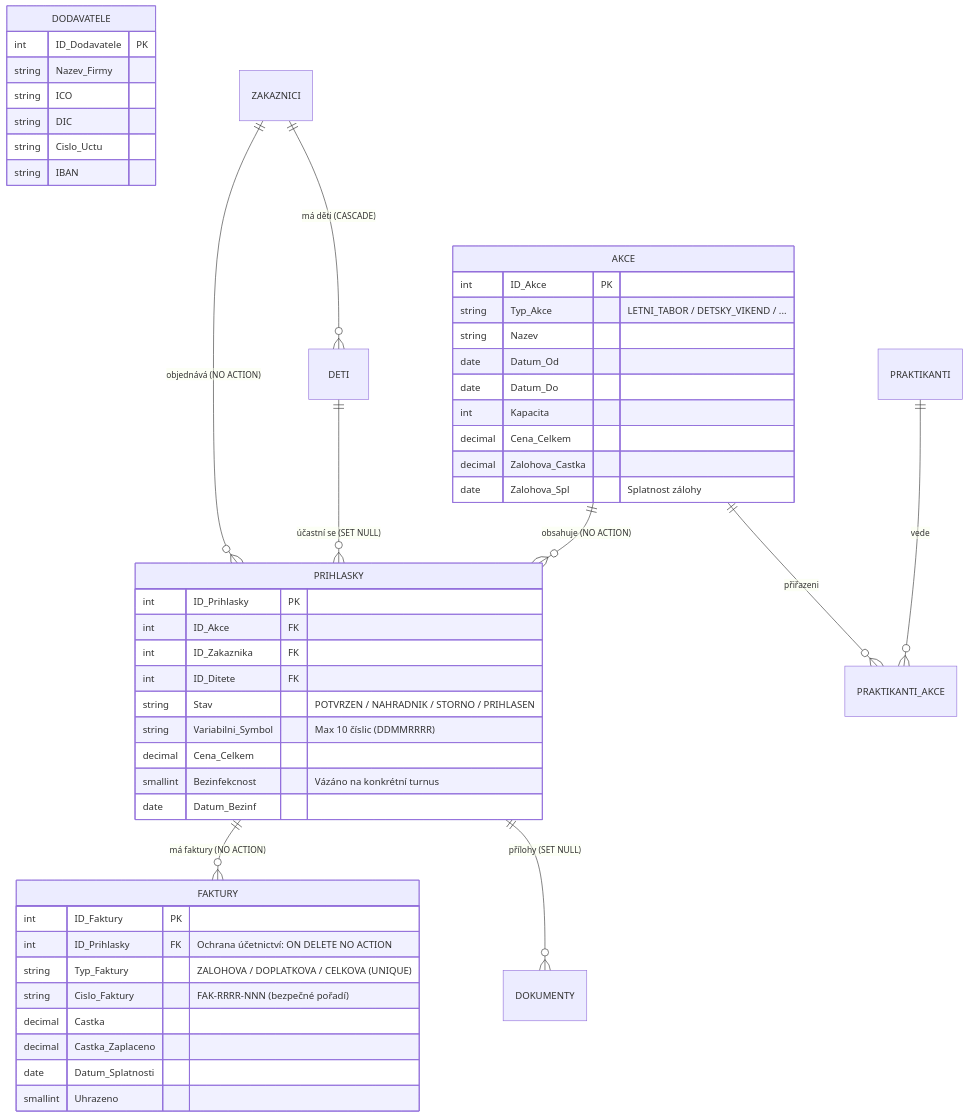
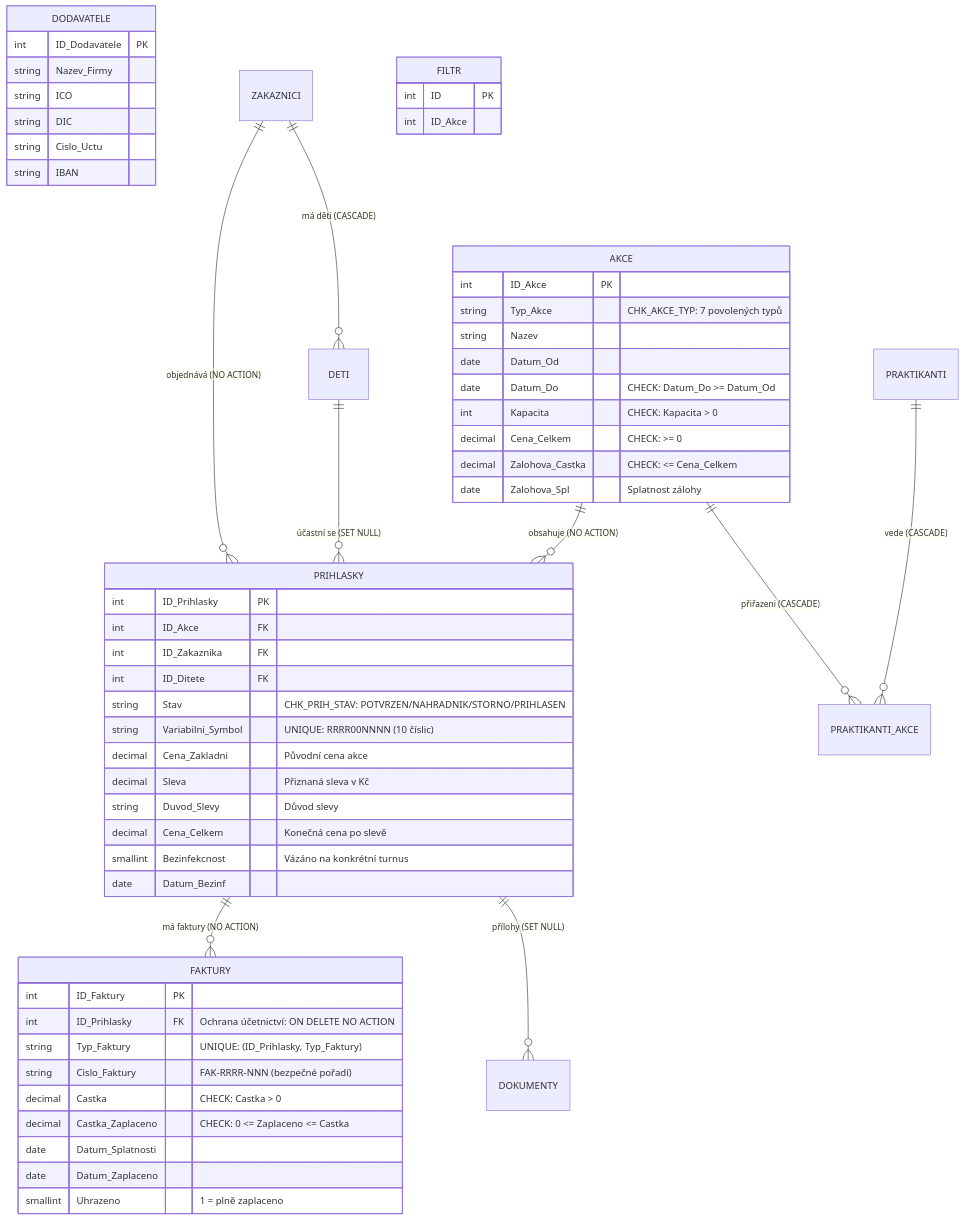
Before and after one commit to krouziciorel/Libre_Office_Base_Stastny_statek_root_cz: the diagram in uzivatelska_dokumentace.md, drawn with Mermaid. The commit also changed other lines of this file and 37 other files, not shown here.

````diff
--- a/uzivatelska_dokumentace.md
+++ b/uzivatelska_dokumentace.md
@@ -26,52 +28,60 @@
 ```mermaid
 erDiagram
     DODAVATELE {
         int ID_Dodavatele PK
         string Nazev_Firmy
         string ICO
         string DIC
         string Cislo_Uctu
         string IBAN
     }
     ZAKAZNICI ||--o{ DETI : "má děti (CASCADE)"
     ZAKAZNICI ||--o{ PRIHLASKY : "objednává (NO ACTION)"
     DETI ||--o{ PRIHLASKY : "účastní se (SET NULL)"
     AKCE ||--o{ PRIHLASKY : "obsahuje (NO ACTION)"
-    AKCE ||--o{ PRAKTIKANTI_AKCE : "přiřazeni"
-    PRAKTIKANTI ||--o{ PRAKTIKANTI_AKCE : "vede"
+    AKCE ||--o{ PRAKTIKANTI_AKCE : "přiřazeni (CASCADE)"
+    PRAKTIKANTI ||--o{ PRAKTIKANTI_AKCE : "vede (CASCADE)"
     PRIHLASKY ||--o{ FAKTURY : "má faktury (NO ACTION)"
     PRIHLASKY ||--o{ DOKUMENTY : "přílohy (SET NULL)"
+    FILTR {
+        int ID PK
+        int ID_Akce
+    }
 
     AKCE {
         int ID_Akce PK
-        string Typ_Akce "LETNI_TABOR / DETSKY_VIKEND / ..."
+        string Typ_Akce "CHK_AKCE_TYP: 7 povolených typů"
         string Nazev
         date Datum_Od
-        date Datum_Do
-        int Kapacita
-        decimal Cena_Celkem
-        decimal Zalohova_Castka
+        date Datum_Do "CHECK: Datum_Do >= Datum_Od"
+        int Kapacita "CHECK: Kapacita > 0"
+        decimal Cena_Celkem "CHECK: >= 0"
+        decimal Zalohova_Castka "CHECK: <= Cena_Celkem"
         date Zalohova_Spl "Splatnost zálohy"
     }
     PRIHLASKY {
         int ID_Prihlasky PK
         int ID_Akce FK
         int ID_Zakaznika FK
         int ID_Ditete FK
-        string Stav "POTVRZEN / NAHRADNIK / STORNO / PRIHLASEN"
-        string Variabilni_Symbol "Max 10 číslic (DDMMRRRR)"
-        decimal Cena_Celkem
+        string Stav "CHK_PRIH_STAV: POTVRZEN/NAHRADNIK/STORNO/PRIHLASEN"
+        string Variabilni_Symbol "UNIQUE: RRRR00NNNN (10 číslic)"
+        decimal Cena_Zakladni "Původní cena akce"
+        decimal Sleva "Přiznaná sleva v Kč"
+        string Duvod_Slevy "Důvod slevy"
+        decimal Cena_Celkem "Konečná cena po slevě"
         smallint Bezinfekcnost "Vázáno na konkrétní turnus"
         date Datum_Bezinf
     }
     FAKTURY {
         int ID_Faktury PK
         int ID_Prihlasky FK "Ochrana účetnictví: ON DELETE NO ACTION"
-        string Typ_Faktury "ZALOHOVA / DOPLATKOVA / CELKOVA (UNIQUE)"
+        string Typ_Faktury "UNIQUE: (ID_Prihlasky, Typ_Faktury)"
         string Cislo_Faktury "FAK-RRRR-NNN (bezpečné pořadí)"
-        decimal Castka
-        decimal Castka_Zaplaceno
+        decimal Castka "CHECK: Castka > 0"
+        decimal Castka_Zaplaceno "CHECK: 0 <= Zaplaceno <= Castka"
         date Datum_Splatnosti
-        smallint Uhrazeno
+        date Datum_Zaplaceno
+        smallint Uhrazeno "1 = plně zaplaceno"
     }
 ```
````
